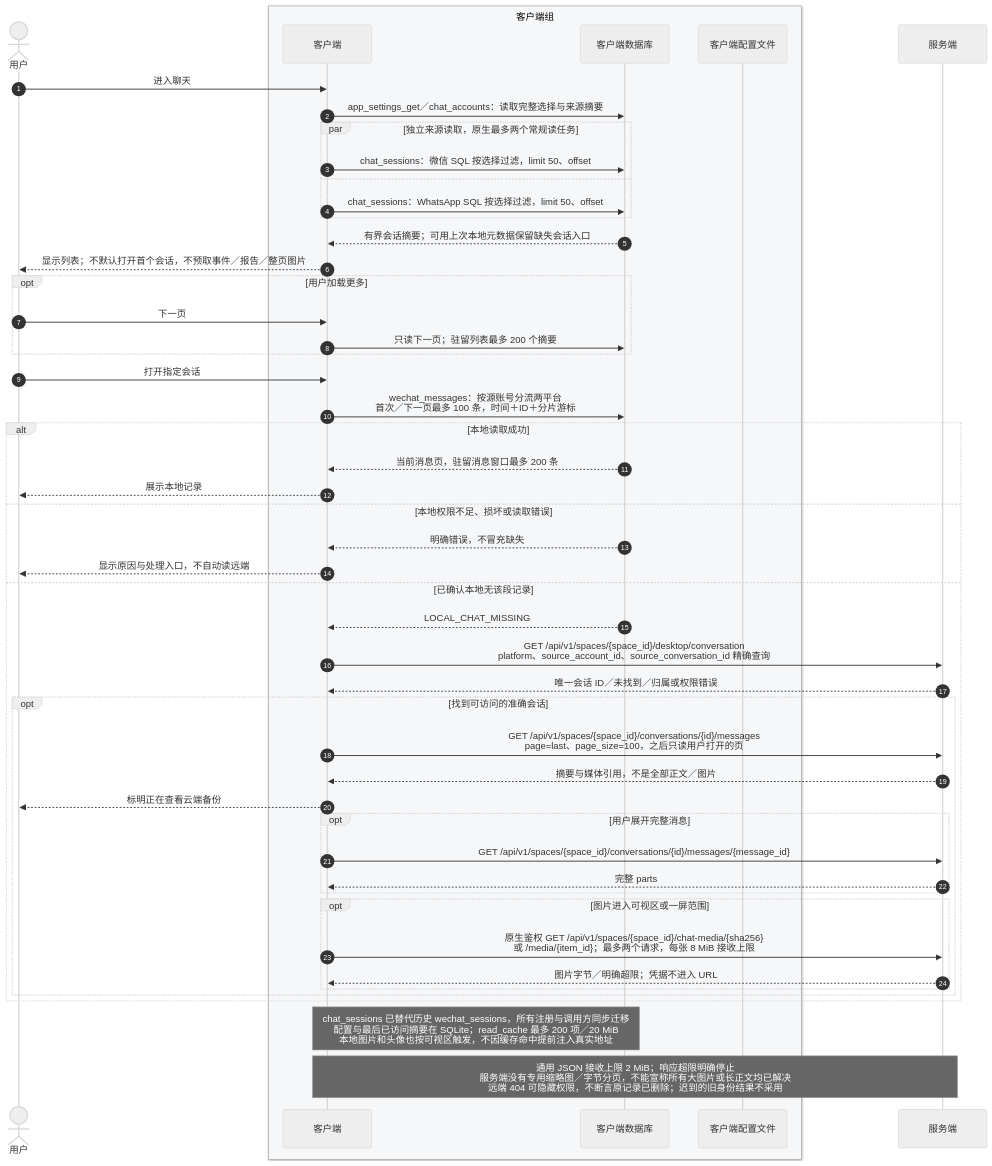
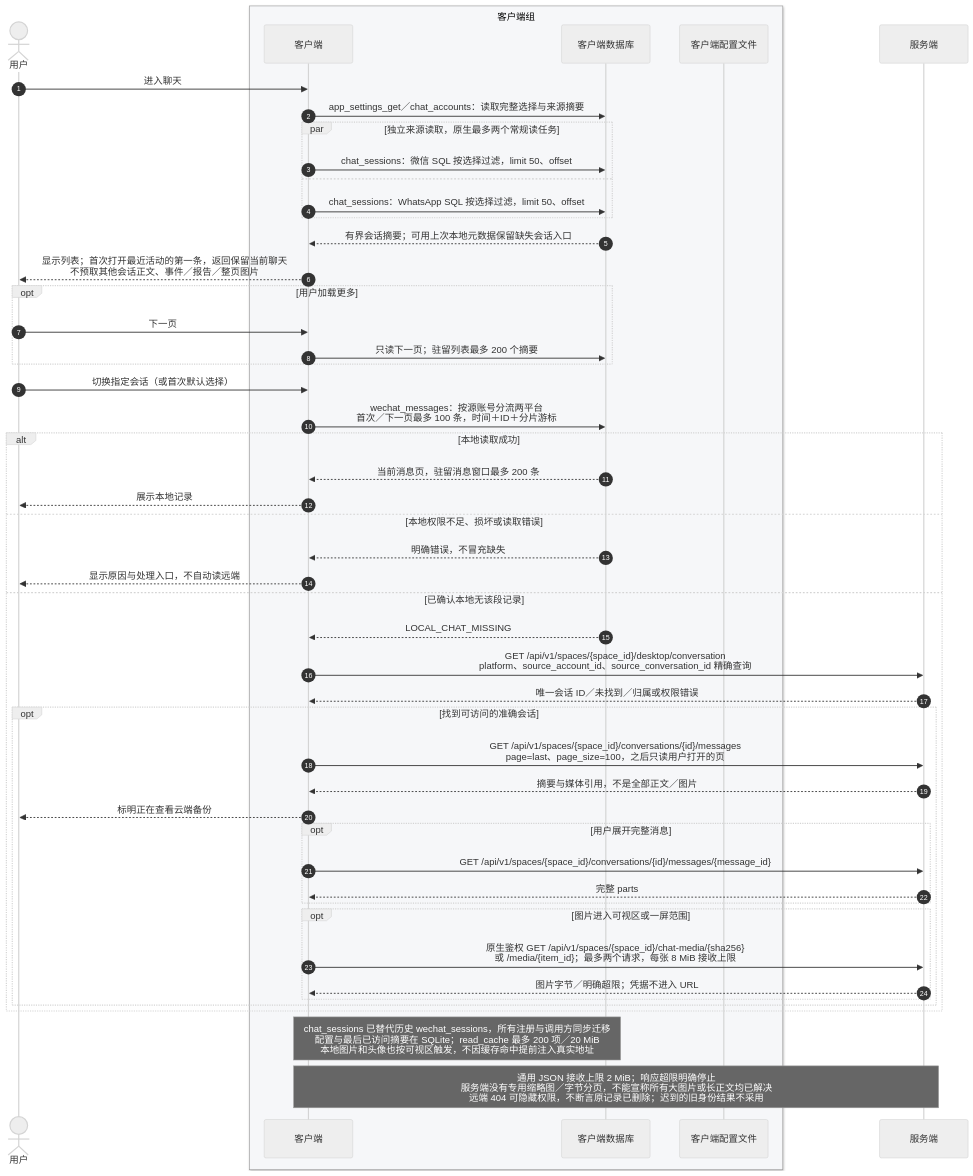
Before and after one commit to oneprolabs/devify-desktop: the third of 9 diagrams in ASYNC_TASK_DESIGN.md, drawn with Mermaid (neutral theme). The commit also changed other lines of this file and 4 other files, not shown here.

````diff
--- a/ASYNC_TASK_DESIGN.md
+++ b/ASYNC_TASK_DESIGN.md
@@ -145,52 +145,52 @@
 ```mermaid
 sequenceDiagram
     autonumber
     actor U as 用户
     box rgb(246, 247, 249) 客户端组
         participant C as 客户端
         participant D as 客户端数据库
         participant F as 客户端配置文件
     end
     participant S as 服务端
     U->>C: 进入聊天
     C->>D: app_settings_get／chat_accounts：读取完整选择与来源摘要
     par 独立来源读取，原生最多两个常规读任务
         C->>D: chat_sessions：微信 SQL 按选择过滤，limit 50、offset
     and
         C->>D: chat_sessions：WhatsApp SQL 按选择过滤，limit 50、offset
     end
     D-->>C: 有界会话摘要；可用上次本地元数据保留缺失会话入口
-    C-->>U: 显示列表；不默认打开首个会话，不预取事件／报告／整页图片
+    C-->>U: 显示列表；首次打开最近活动的第一条，返回保留当前聊天<br/>不预取其他会话正文、事件／报告／整页图片
     opt 用户加载更多
         U->>C: 下一页
         C->>D: 只读下一页；驻留列表最多 200 个摘要
     end
-    U->>C: 打开指定会话
+    U->>C: 切换指定会话（或首次默认选择）
     C->>D: wechat_messages：按源账号分流两平台<br/>首次／下一页最多 100 条，时间＋ID＋分片游标
     alt 本地读取成功
         D-->>C: 当前消息页，驻留消息窗口最多 200 条
         C-->>U: 展示本地记录
     else 本地权限不足、损坏或读取错误
         D-->>C: 明确错误，不冒充缺失
         C-->>U: 显示原因与处理入口，不自动读远端
     else 已确认本地无该段记录
         D-->>C: LOCAL_CHAT_MISSING
         C->>S: GET /api/v1/spaces/{space_id}/desktop/conversation<br/>platform、source_account_id、source_conversation_id 精确查询
         S-->>C: 唯一会话 ID／未找到／归属或权限错误
         opt 找到可访问的准确会话
             C->>S: GET /api/v1/spaces/{space_id}/conversations/{id}/messages<br/>page=last、page_size=100，之后只读用户打开的页
             S-->>C: 摘要与媒体引用，不是全部正文／图片
             C-->>U: 标明正在查看云端备份
             opt 用户展开完整消息
                 C->>S: GET /api/v1/spaces/{space_id}/conversations/{id}/messages/{message_id}
                 S-->>C: 完整 parts
             end
             opt 图片进入可视区或一屏范围
                 C->>S: 原生鉴权 GET /api/v1/spaces/{space_id}/chat-media/{sha256}<br/>或 /media/{item_id}；最多两个请求，每张 8 MiB 接收上限
                 S-->>C: 图片字节／明确超限；凭据不进入 URL
             end
         end
     end
     Note over C,D: chat_sessions 已替代历史 wechat_sessions，所有注册与调用方同步迁移<br/>配置与最后已访问摘要在 SQLite；read_cache 最多 200 项／20 MiB<br/>本地图片和头像也按可视区触发，不因缓存命中提前注入真实地址
     Note over C,S: 通用 JSON 接收上限 2 MiB；响应超限明确停止<br/>服务端没有专用缩略图／字节分页，不能宣称所有大图片或长正文均已解决<br/>远端 404 可隐藏权限，不断言原记录已删除；迟到的旧身份结果不采用
 ```
````
